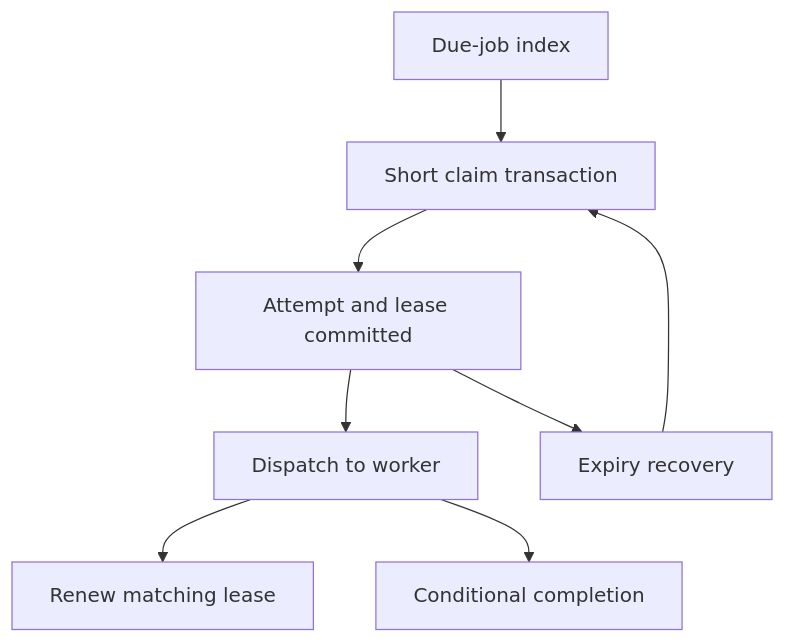
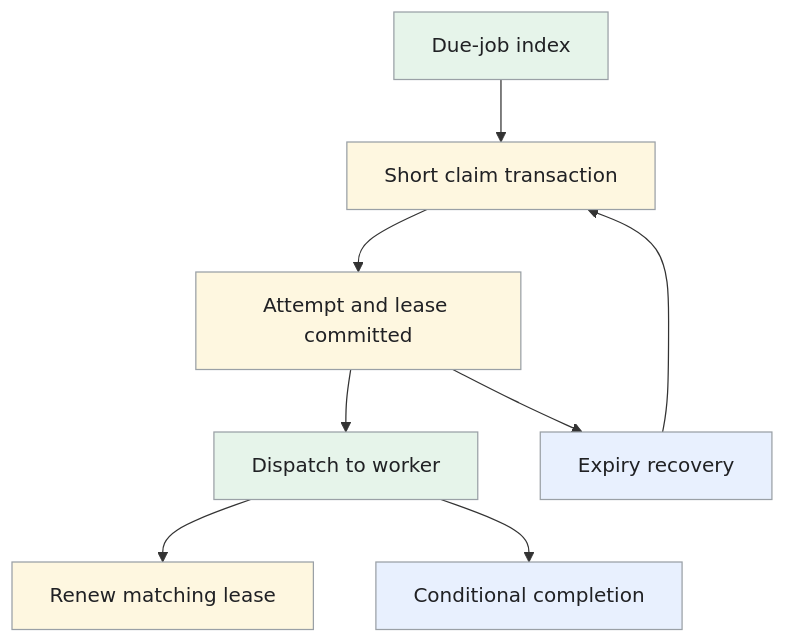
One commit to iliazlobin/iliazlobin.github.io changed the third of 3 diagrams in _designs/system-design-job-scheduler.md. Above: the diagram before and after it, drawn with Mermaid. The commit also changed other lines of this file and 20 other files, not shown here.

Commit message:
Improve design flows, tradeoffs, and technology references

````diff
--- a/_designs/system-design-job-scheduler.md
+++ b/_designs/system-design-job-scheduler.md
@@ -199,10 +242,16 @@
 ```mermaid
 flowchart TB
   D["Due-job index"] --> C["Short claim transaction"]
   C --> L["Attempt and lease committed"]
   L --> W["Dispatch to worker"]
   W --> H["Renew matching lease"]
   W --> F["Conditional completion"]
   L --> E["Expiry recovery"]
   E --> C
+  classDef request fill:#e8f0fe,stroke:#9aa0a6,color:#202124,stroke-width:1px
+  classDef background fill:#e6f4ea,stroke:#9aa0a6,color:#202124,stroke-width:1px
+  classDef control fill:#fef7e0,stroke:#9aa0a6,color:#202124,stroke-width:1px
+  class F,E request
+  class D,W background
+  class C,L,H control
 ```
````
